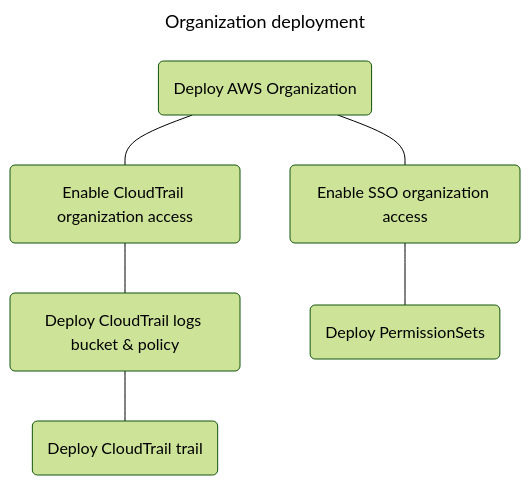
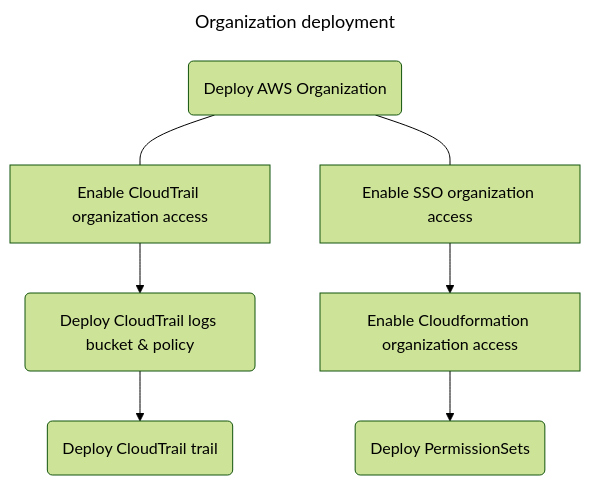
Before and after one commit to moonline/Lab.AWS.Organizations: the second of 2 diagrams in README.md, drawn with Mermaid (forest theme). The commit also changed other lines of this file and 11 other files, not shown here.

````diff
--- a/README.md
+++ b/README.md
@@ -28,13 +29,14 @@
 ```mermaid
 ---
 title: Organization deployment
 ---
 flowchart TB
     organization(Deploy AWS Organization)
-        organization --- enableCloudTrail(Enable CloudTrail organization access)
-            enableCloudTrail --- cloudTrailBucket(Deploy CloudTrail logs bucket & policy)
-                cloudTrailBucket --- cloudTrail(Deploy CloudTrail trail)
+        organization --- enableCloudTrail[Enable CloudTrail organization access]
+            enableCloudTrail --> cloudTrailBucket(Deploy CloudTrail logs bucket & policy)
+                cloudTrailBucket --> cloudTrail(Deploy CloudTrail trail)
 
-        organization --- enableSSO(Enable SSO organization access)
-            enableSSO --- permissionSets(Deploy PermissionSets)
+        organization --- enableSSO[Enable SSO organization access]
+            enableSSO --> enableCloudformation[Enable Cloudformation organization access]
+                enableCloudformation --> permissionSets(Deploy PermissionSets)
 ```
````
